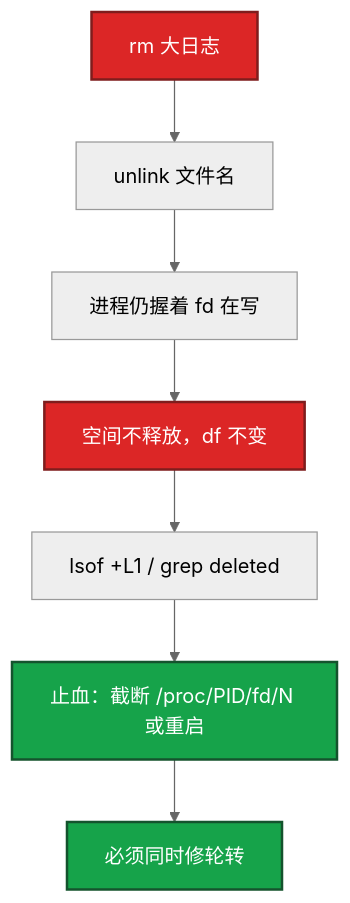
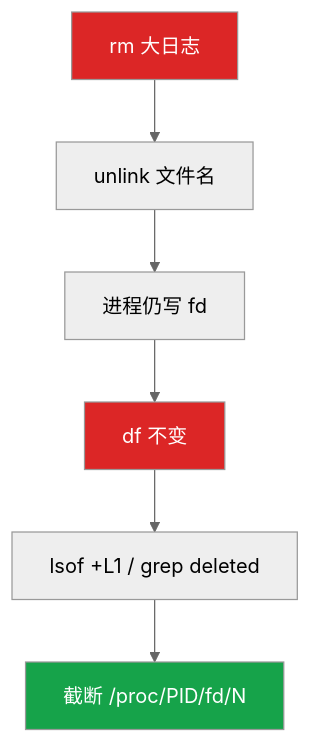
The fifth of 6 diagrams in 02-基础底座/05-磁盘与IO/知识点.md (ml-cuizijun/LearnToLilith), drawn with Mermaid (neutral theme) before and after one commit. The commit also changed other lines of this file and 213 other files, not shown here.

````diff
--- a/02-基础底座/05-磁盘与IO/知识点.md
+++ b/02-基础底座/05-磁盘与IO/知识点.md
@@ -210,14 +193,13 @@
 ```mermaid
 flowchart TB
     A[rm 大日志] --> B[unlink 文件名]
-    B --> C[进程仍握着 fd 在写]
-    C --> D[空间不释放，df 不变]
+    B --> C[进程仍写 fd]
+    C --> D[df 不变]
     D --> E["lsof +L1 / grep deleted"]
-    E --> F["止血：截断 /proc/PID/fd/N 或重启"]
-    F --> G[必须同时修轮转]
+    E --> F["截断 /proc/PID/fd/N"]
 
-    classDef bad fill:#DC2626,stroke:#7F1D1D,stroke-width:2px,color:#fff
-    classDef ok fill:#16A34A,stroke:#14532D,stroke-width:2px,color:#fff
+    classDef bad fill:#DC2626,color:#fff
+    classDef ok fill:#16A34A,color:#fff
     class A,D bad
-    class F,G ok
+    class F ok
 ```
````
